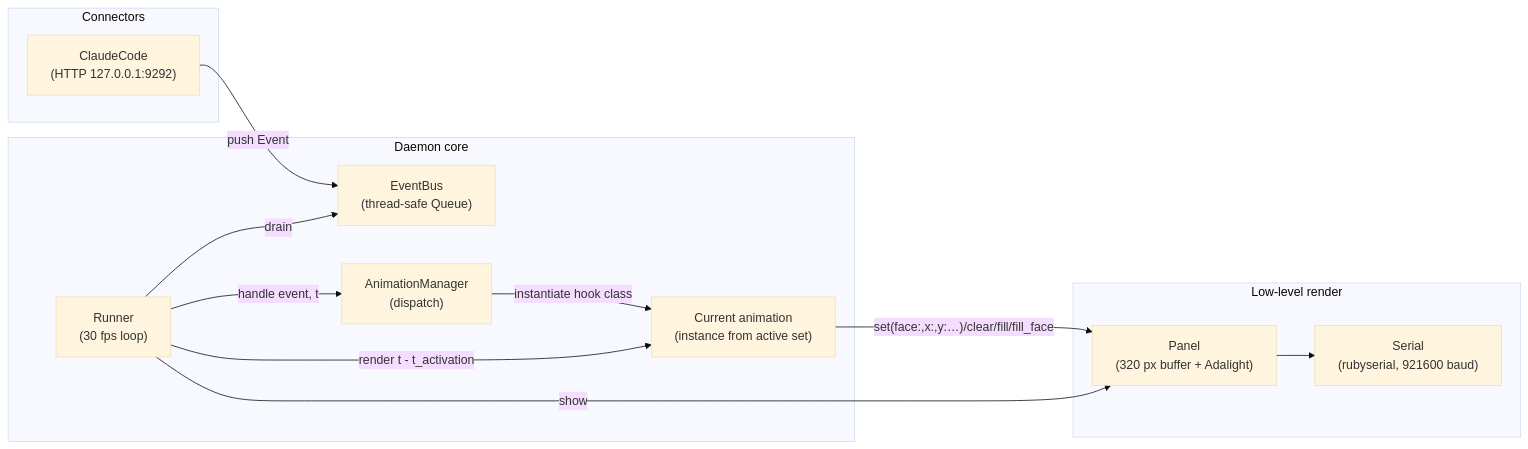
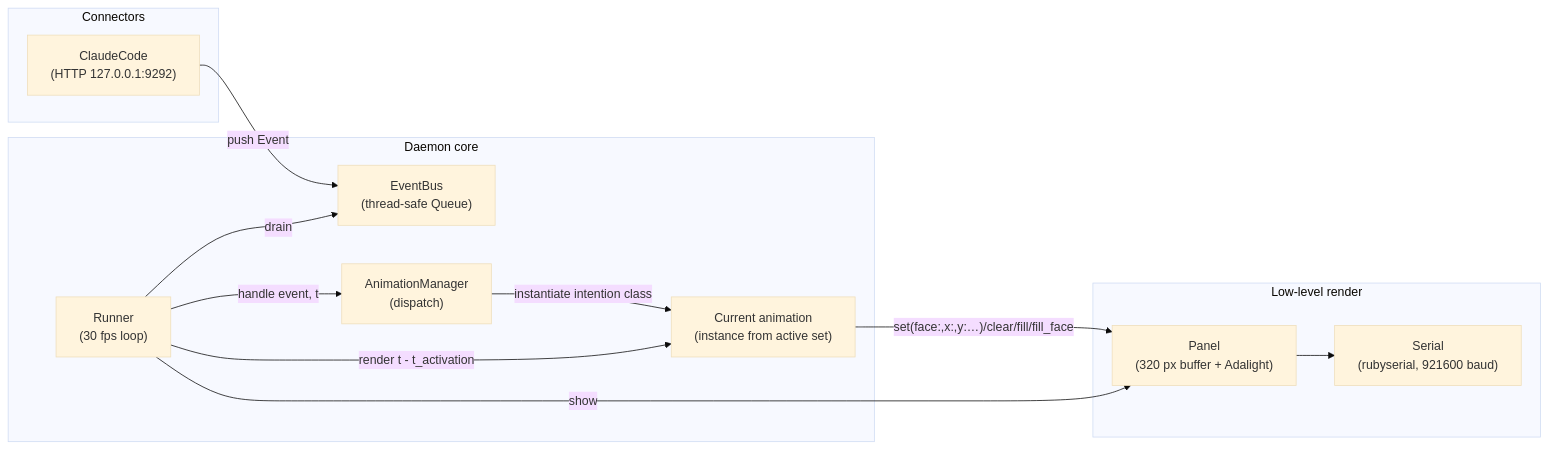
One commit to CROUZET/claudine-cube changed the first of 4 diagrams in docs/SOFTWARE.md. Above: the diagram before and after it, drawn with Mermaid (base theme). The commit also changed other lines of this file and 79 other files, not shown here.

````diff
--- a/docs/SOFTWARE.md
+++ b/docs/SOFTWARE.md
@@ -21,27 +21,27 @@
 ```mermaid
 flowchart LR
     subgraph SOURCES["Connectors"]
         CC["ClaudeCode<br/>(HTTP 127.0.0.1:9292)"]
     end
 
     subgraph CORE["Daemon core"]
         BUS["EventBus<br/>(thread-safe Queue)"]
         RUNNER["Runner<br/>(30 fps loop)"]
         MGR["AnimationManager<br/>(dispatch)"]
         ANIM["Current animation<br/>(instance from active set)"]
     end
 
     subgraph OUT["Low-level render"]
         PANEL["Panel<br/>(320 px buffer + Adalight)"]
         SERIAL["Serial<br/>(rubyserial, 921600 baud)"]
     end
 
     CC -->|push Event| BUS
     RUNNER -->|drain| BUS
     RUNNER -->|handle event, t| MGR
-    MGR -->|instantiate hook class| ANIM
+    MGR -->|instantiate intention class| ANIM
     RUNNER -->|render t - t_activation| ANIM
     ANIM -->|"set(face:,x:,y:…)/clear/fill/fill_face"| PANEL
     RUNNER -->|show| PANEL
     PANEL --> SERIAL
 ```
````
